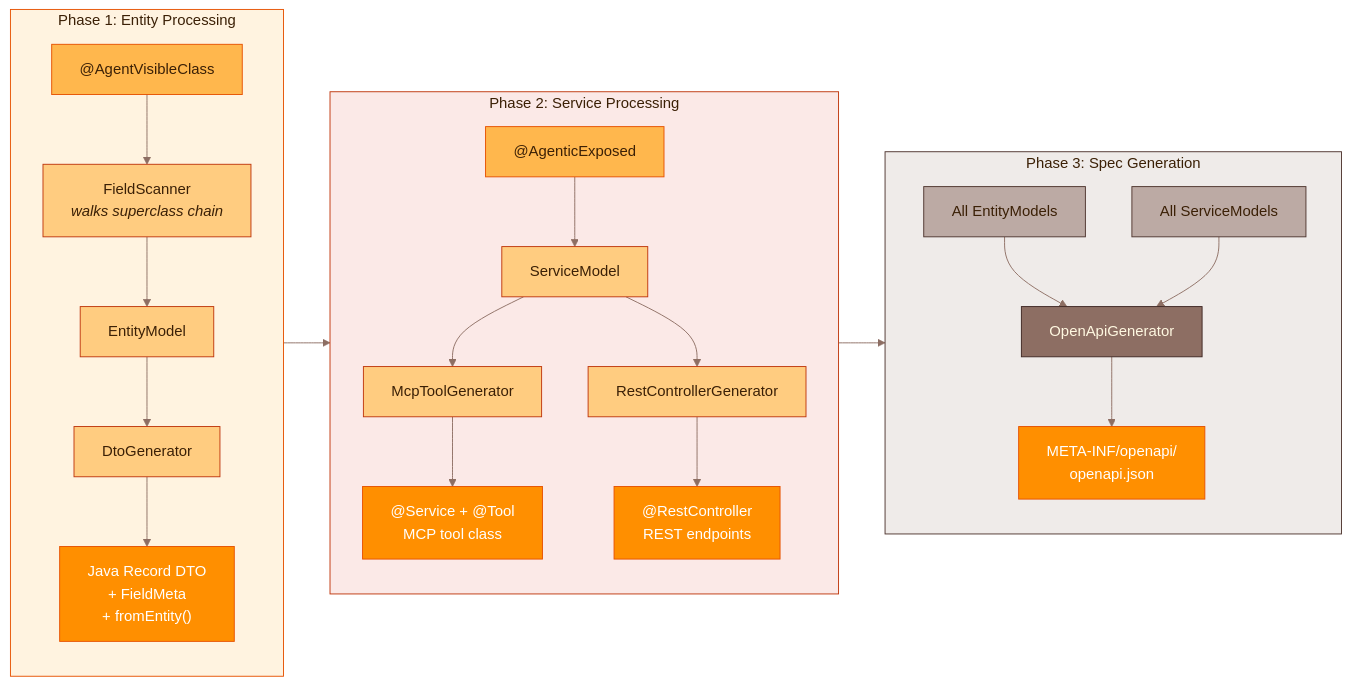
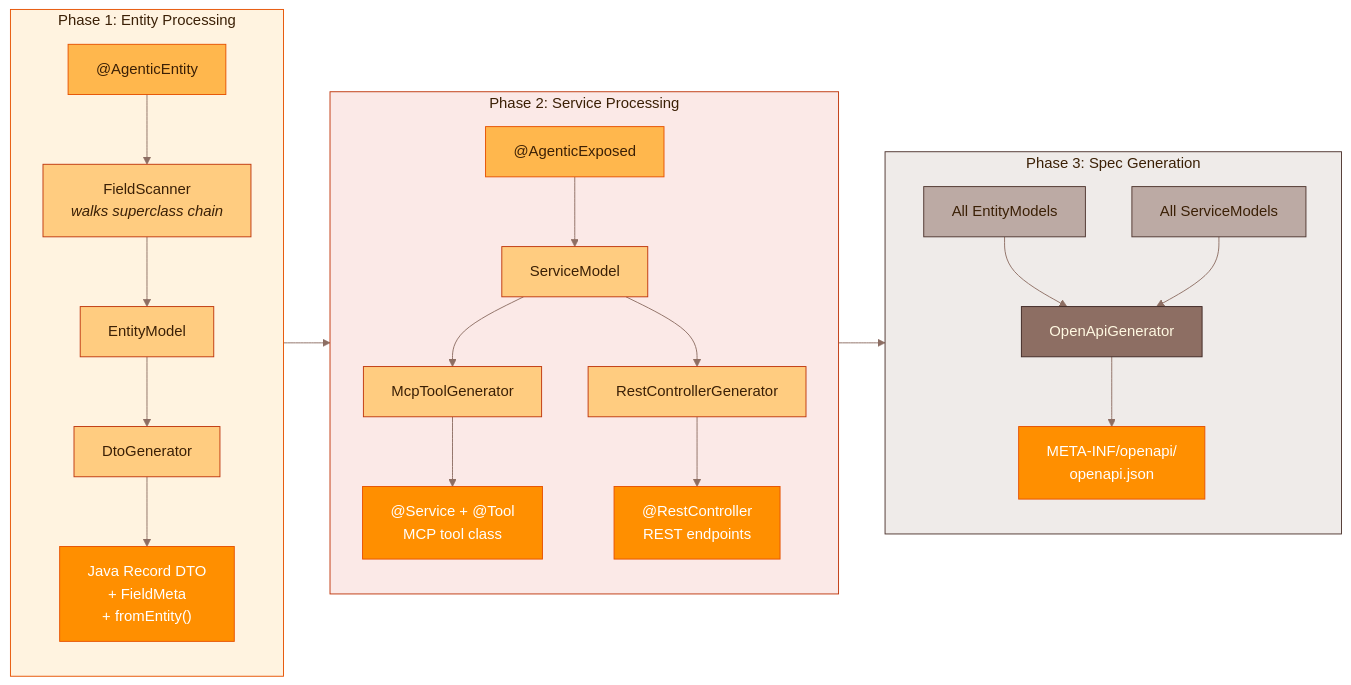
The third of 4 diagrams in README.md (gosha70/ai-atlas), drawn with Mermaid before and after one commit. The commit also changed other lines of this file and 40 other files, not shown here.

First line of the commit message:
Rename @AgentVisibleClass → @AgenticEntity and @AgentVisible → @AgenticField

````diff
--- a/README.md
+++ b/README.md
@@ -158,46 +158,46 @@
 ```mermaid
 %%{init: {'theme': 'base', 'themeVariables': {'primaryColor': '#FFE0B2', 'primaryTextColor': '#3b2006', 'primaryBorderColor': '#E65100', 'lineColor': '#8D6E63', 'textColor': '#3b2006'}}}%%
 flowchart LR
     subgraph P1["Phase 1: Entity Processing"]
-        AVC["@AgentVisibleClass"] --> FS["FieldScanner<br/><i>walks superclass chain</i>"]
+        AVC["@AgenticEntity"] --> FS["FieldScanner<br/><i>walks superclass chain</i>"]
         FS --> EM["EntityModel"]
         EM --> DG["DtoGenerator"]
         DG --> DTO["Java Record DTO<br/>+ FieldMeta<br/>+ fromEntity()"]
     end
 
     subgraph P2["Phase 2: Service Processing"]
         AE["@AgenticExposed"] --> SM["ServiceModel"]
         SM --> MTG["McpToolGenerator"]
         SM --> RCG["RestControllerGenerator"]
         MTG --> TOOL["@Service + @Tool<br/>MCP tool class"]
         RCG --> CTRL["@RestController<br/>REST endpoints"]
     end
 
     subgraph P3["Phase 3: Spec Generation"]
         EM2["All EntityModels"] --> OAG["OpenApiGenerator"]
         SM2["All ServiceModels"] --> OAG
         OAG --> SPEC["META-INF/openapi/<br/>openapi.json"]
     end
 
     P1 --> P2
     P2 --> P3
 
     style P1 fill:#FFF3E0,stroke:#E65100,color:#3b2006
     style AVC fill:#FFB74D,stroke:#E65100,color:#3b2006
     style FS fill:#FFCC80,stroke:#BF360C,color:#3b2006
     style EM fill:#FFCC80,stroke:#BF360C,color:#3b2006
     style DG fill:#FFCC80,stroke:#BF360C,color:#3b2006
     style DTO fill:#FF8F00,stroke:#E65100,color:#fff
     style P2 fill:#FBE9E7,stroke:#BF360C,color:#3b2006
     style AE fill:#FFB74D,stroke:#E65100,color:#3b2006
     style SM fill:#FFCC80,stroke:#BF360C,color:#3b2006
     style MTG fill:#FFCC80,stroke:#BF360C,color:#3b2006
     style RCG fill:#FFCC80,stroke:#BF360C,color:#3b2006
     style TOOL fill:#FF8F00,stroke:#E65100,color:#fff
     style CTRL fill:#FF8F00,stroke:#E65100,color:#fff
     style P3 fill:#EFEBE9,stroke:#4E342E,color:#3b2006
     style EM2 fill:#BCAAA4,stroke:#4E342E,color:#3b2006
     style SM2 fill:#BCAAA4,stroke:#4E342E,color:#3b2006
     style OAG fill:#8D6E63,stroke:#3E2723,color:#FFF8E1
     style SPEC fill:#FF8F00,stroke:#E65100,color:#fff
 ```
````
